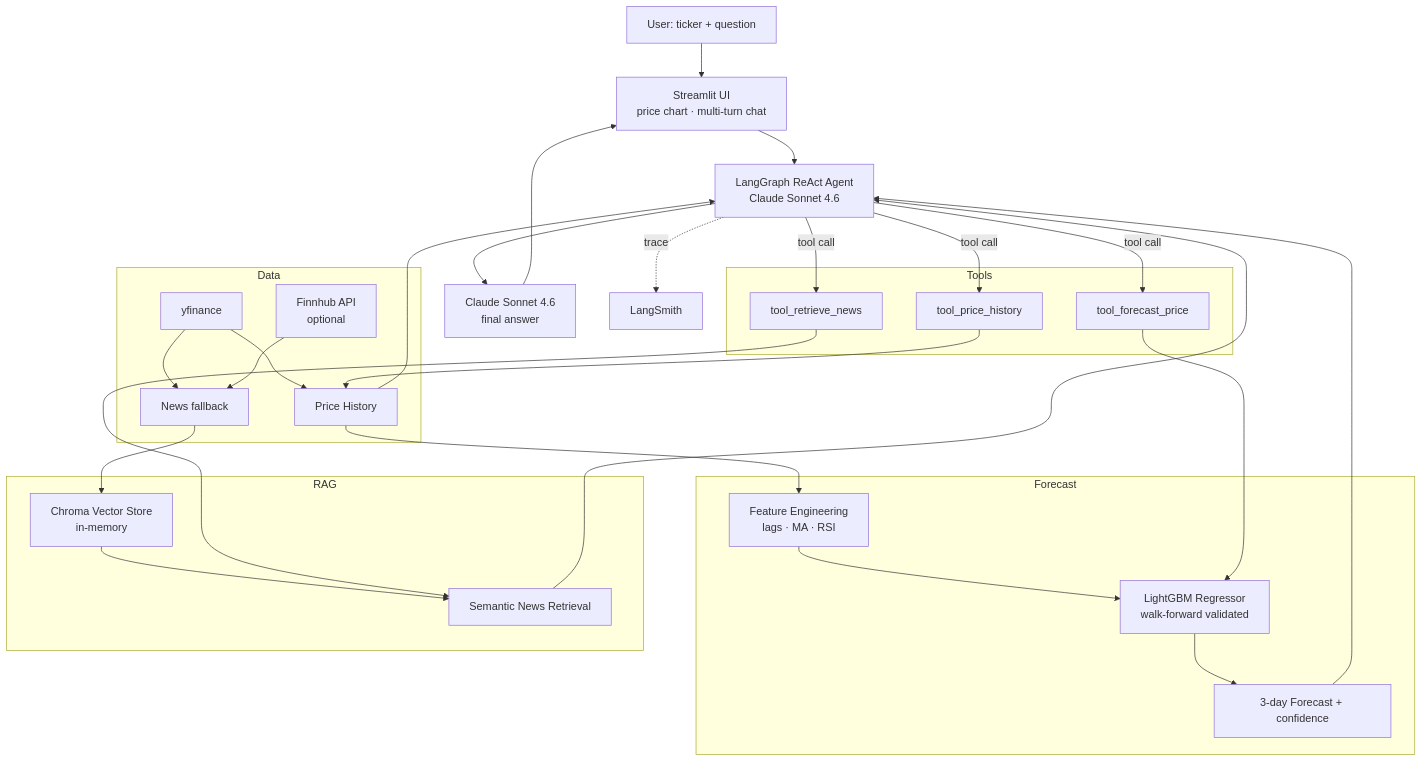
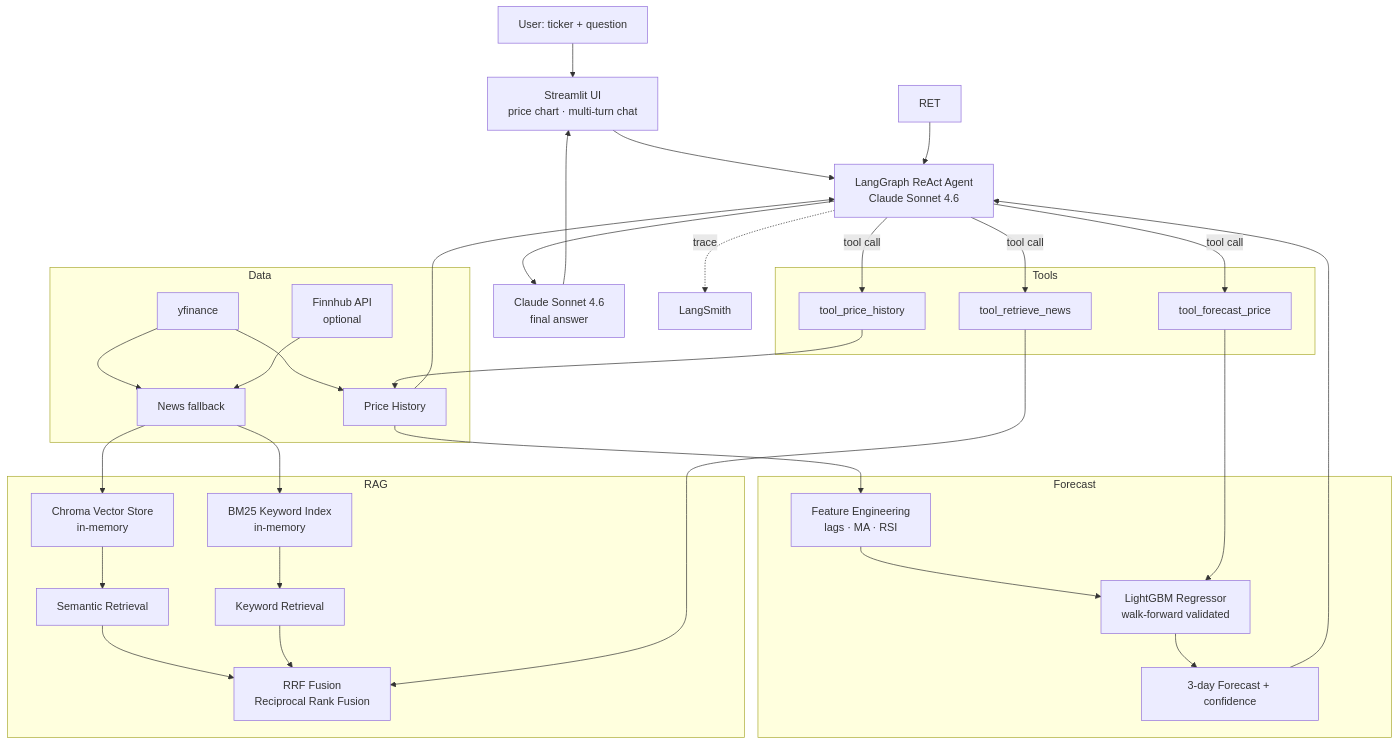
The first of 2 diagrams in ARCHITECTURE.md (ganapathy-r-balaji/Stock-RAG-Recommendation-Agent), drawn with Mermaid before and after one commit. The commit also changed other lines of this file, not shown here.

Commit message:
docs: update architecture diagram to show hybrid BM25 + semantic + RRF

````diff
--- a/ARCHITECTURE.md
+++ b/ARCHITECTURE.md
@@ -3,44 +3,48 @@
 ```mermaid
 flowchart TD
     U[User: ticker + question] --> UI[Streamlit UI\nprice chart · multi-turn chat]
     UI --> AG[LangGraph ReAct Agent\nClaude Sonnet 4.6]
 
     subgraph Tools
         T1[tool_forecast_price]
         T2[tool_retrieve_news]
         T3[tool_price_history]
     end
 
     AG -->|tool call| T1
     AG -->|tool call| T2
     AG -->|tool call| T3
 
     subgraph Data
         YF[yfinance] --> PH[Price History]
         YF --> NW[News fallback]
         FH[Finnhub API\noptional] --> NW
     end
 
     subgraph Forecast
         PH --> FE[Feature Engineering\nlags · MA · RSI]
         FE --> LGB[LightGBM Regressor\nwalk-forward validated]
         LGB --> FC[3-day Forecast + confidence]
     end
 
     subgraph RAG
         NW --> VEC[Chroma Vector Store\nin-memory]
-        VEC --> RET[Semantic News Retrieval]
+        NW --> BM25[BM25 Keyword Index\nin-memory]
+        VEC --> SEM[Semantic Retrieval]
+        BM25 --> KW[Keyword Retrieval]
+        SEM --> RRF[RRF Fusion\nReciprocal Rank Fusion]
+        KW --> RRF
     end
 
     T1 --> LGB
-    T2 --> RET
+    T2 --> RRF
     T3 --> PH
 
     FC --> AG
     RET --> AG
     PH --> AG
 
     AG --> LLM[Claude Sonnet 4.6\nfinal answer]
     LLM --> UI
     AG -.->|trace| LS[LangSmith]
 ```
````
